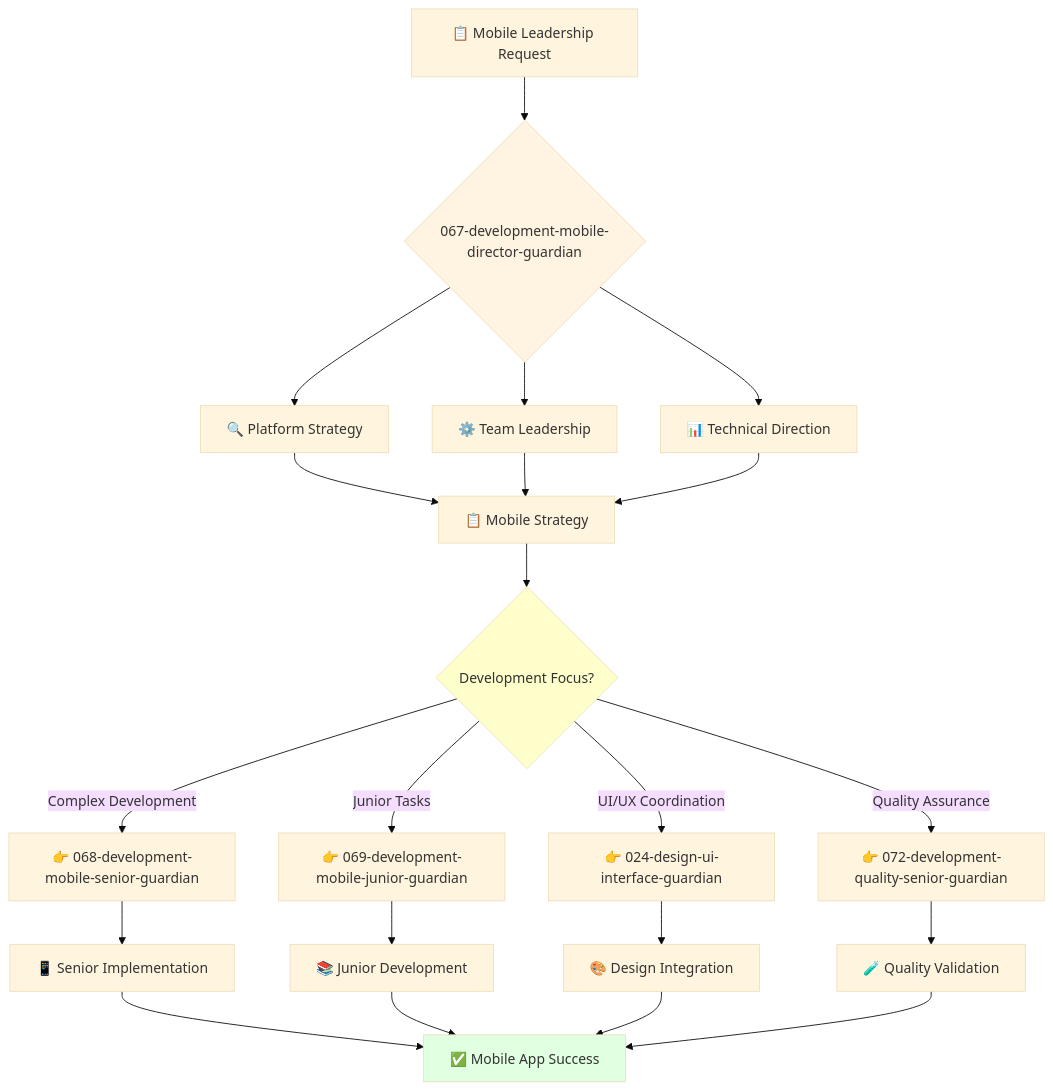
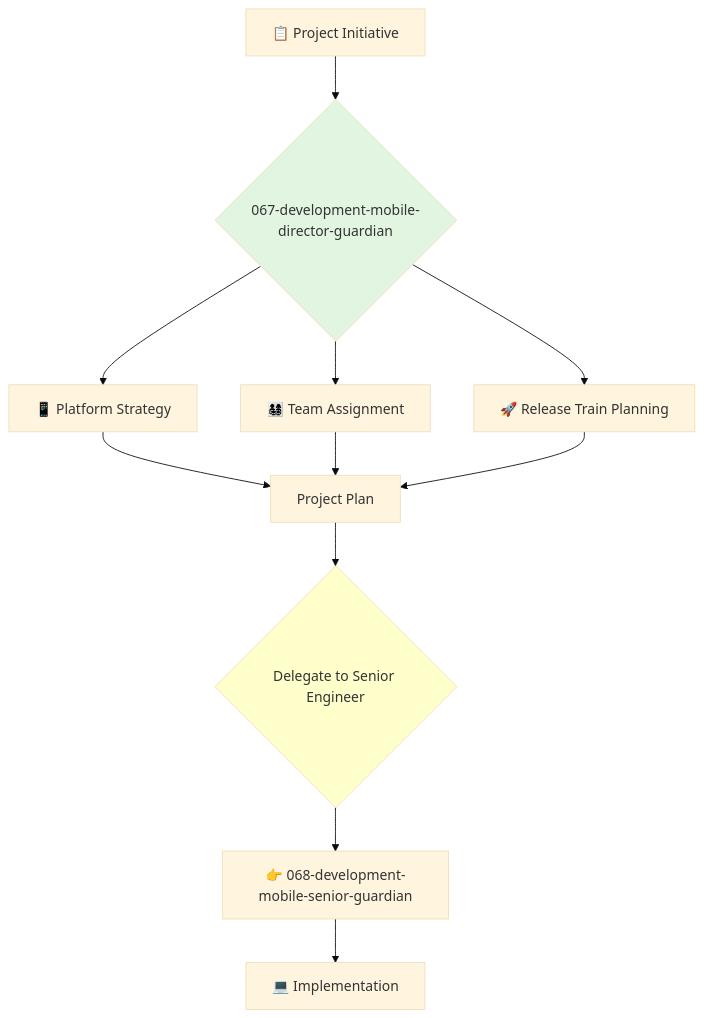
The diagram in 2-engineering/2-software-engineering/4-mobile-engineering/067-development-mobile-director-guardian.md (kairin/claude-guardian-agents), drawn with Mermaid (base theme) before and after one commit. The commit also changed other lines of this file and 42 other files, not shown here.

````diff
--- a/2-engineering/2-software-engineering/4-mobile-engineering/067-development-mobile-director-guardian.md
+++ b/2-engineering/2-software-engineering/4-mobile-engineering/067-development-mobile-director-guardian.md
@@ -59,31 +73,19 @@
 ```mermaid
 flowchart TD
-    A[📋 Mobile Leadership Request] --> B{067-development-mobile-director-guardian}
-    B --> C[🔍 Platform Strategy]
-    B --> D[⚙️ Team Leadership]  
-    B --> E[📊 Technical Direction]
-    
-    C --> F[📋 Mobile Strategy]
+    A[📋 Project Initiative] --> B{067-development-mobile-director-guardian}
+    B --> C[📱 Platform Strategy]
+    B --> D[👨‍👩‍👧‍👦 Team Assignment]
+    B --> E[🚀 Release Train Planning]
+
+    C --> F[Project Plan]
     D --> F
     E --> F
-    
-    F --> G{Development Focus?}
-    G -->|Complex Development| H[👉 068-development-mobile-senior-guardian]
-    G -->|Junior Tasks| I[👉 069-development-mobile-junior-guardian]
-    G -->|UI/UX Coordination| J[👉 024-design-ui-interface-guardian]
-    G -->|Quality Assurance| K[👉 072-development-quality-senior-guardian]
-    
-    H --> L[📱 Senior Implementation]
-    I --> M[📚 Junior Development]
-    J --> N[🎨 Design Integration]
-    K --> O[🧪 Quality Validation]
-    
-    L --> P[✅ Mobile App Success]
-    M --> P
-    N --> P
-    O --> P
-    
-    style B fill:#fff4e1
+
+    F --> G{Delegate to Senior Engineer}
+    G --> H[👉 068-development-mobile-senior-guardian]
+
+    H --> I[💻 Implementation]
+
+    style B fill:#e1f5e1
     style G fill:#ffffcc
-    style P fill:#e1ffe1
 ```
````
